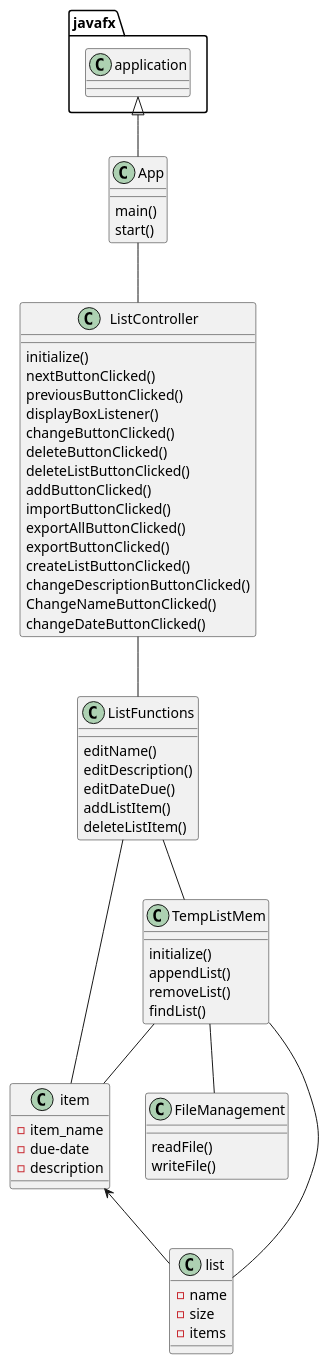
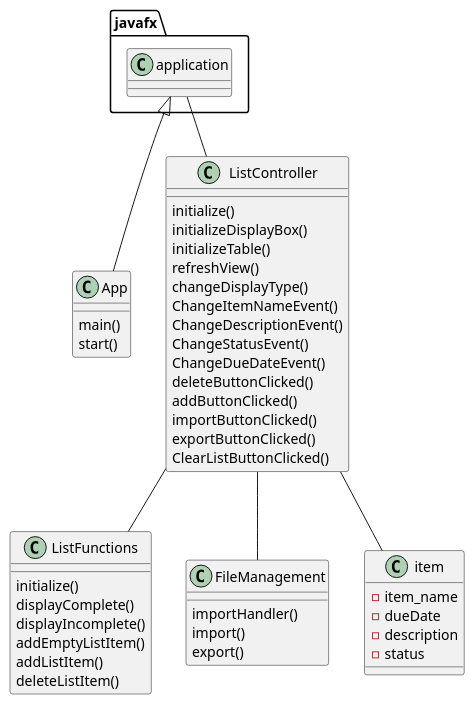
Before and after one commit to Cryogenic117/Knudson-cop3330-Assignment4: the diagram in uml/planning.puml, drawn with PlantUML. The commit also changed 14 other files, not shown here.

```diff
--- a/uml/planning.puml
+++ b/uml/planning.puml
@@ -1,65 +1,55 @@
 @startuml
 class App {
 main()
 start()
 }
 class ListController {
 
 initialize()
-nextButtonClicked()
-previousButtonClicked()
-displayBoxListener()
-changeButtonClicked()
+initializeDisplayBox()
+initializeTable()
+refreshView()
+changeDisplayType()
+ChangeItemNameEvent()
+ChangeDescriptionEvent()
+ChangeStatusEvent()
+ChangeDueDateEvent()
 deleteButtonClicked()
-deleteListButtonClicked()
 addButtonClicked()
 importButtonClicked()
-exportAllButtonClicked()
 exportButtonClicked()
-createListButtonClicked()
-changeDescriptionButtonClicked()
-ChangeNameButtonClicked()
-changeDateButtonClicked()
+ClearListButtonClicked()
+
+
+
 
 }
 Class ListFunctions {
-editName()
-editDescription()
-editDateDue()
+initialize()
+displayComplete()
+displayIncomplete()
+addEmptyListItem()
 addListItem()
 deleteListItem()
 }
 
 Class FileManagement {
-readFile()
-writeFile()
+importHandler()
+import()
+export()
 }
 
 
-Class list {
--name
--size
--items
+Class item{
+-item_name
+-dueDate
+-description
+-status
 }
 
-Class item{
--item_name
--due-date
--description
-}
-Class TempListMem {
-initialize()
-appendList()
-removeList()
-findList()
-}
-item <-- list
 javafx.application <|-- App
-App -- ListController
+javafx.application -- ListController
 ListController -- ListFunctions
-TempListMem -- item
-ListFunctions -- TempListMem
-ListFunctions -- item
-TempListMem -- list
-TempListMem -- FileManagement
+ListController -- item
+ListController -- FileManagement
 @enduml
```
